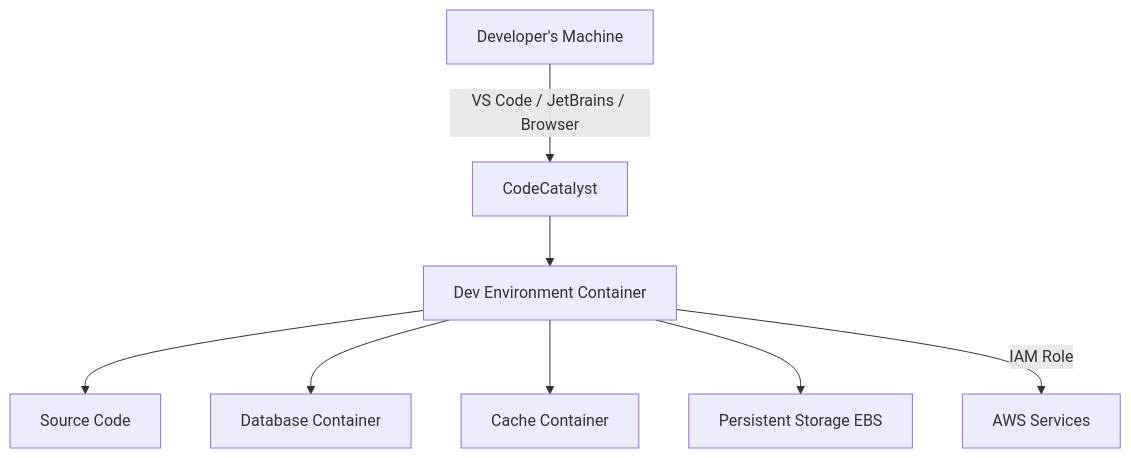
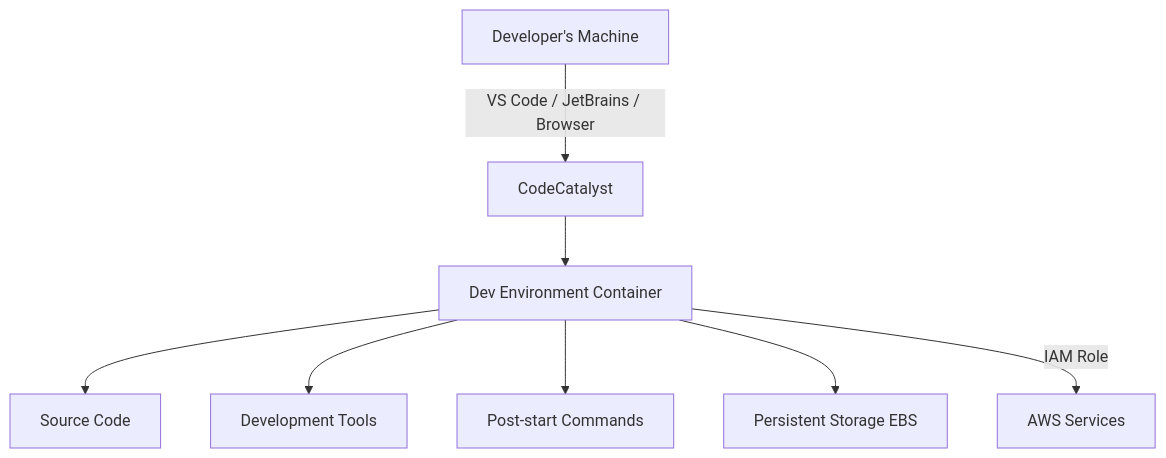
Before and after one commit to OneUptime/blog: the diagram in posts/2026-02-12-set-up-codecatalyst-dev-environments/README.md, drawn with Mermaid. The commit also changed other lines of this file and 2 other files, not shown here.

````diff
--- a/posts/2026-02-12-set-up-codecatalyst-dev-environments/README.md
+++ b/posts/2026-02-12-set-up-codecatalyst-dev-environments/README.md
@@ -307,10 +255,10 @@
 ```mermaid
 graph TD
     A[Developer's Machine] -->|VS Code / JetBrains / Browser| B[CodeCatalyst]
     B --> C[Dev Environment Container]
     C --> D[Source Code]
-    C --> E[Database Container]
-    C --> F[Cache Container]
+    C --> E[Development Tools]
+    C --> F[Post-start Commands]
     C --> G[Persistent Storage EBS]
     C -->|IAM Role| H[AWS Services]
 ```
````
